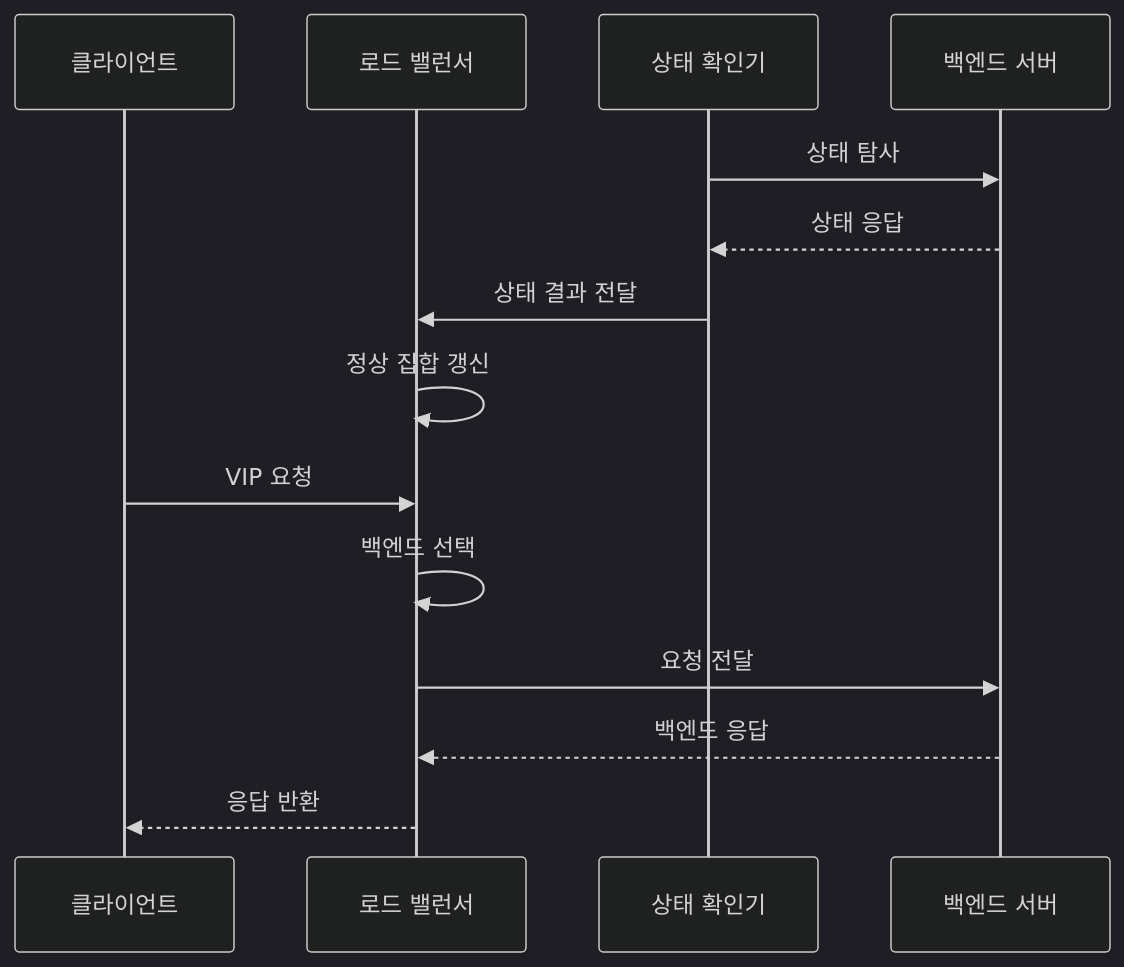
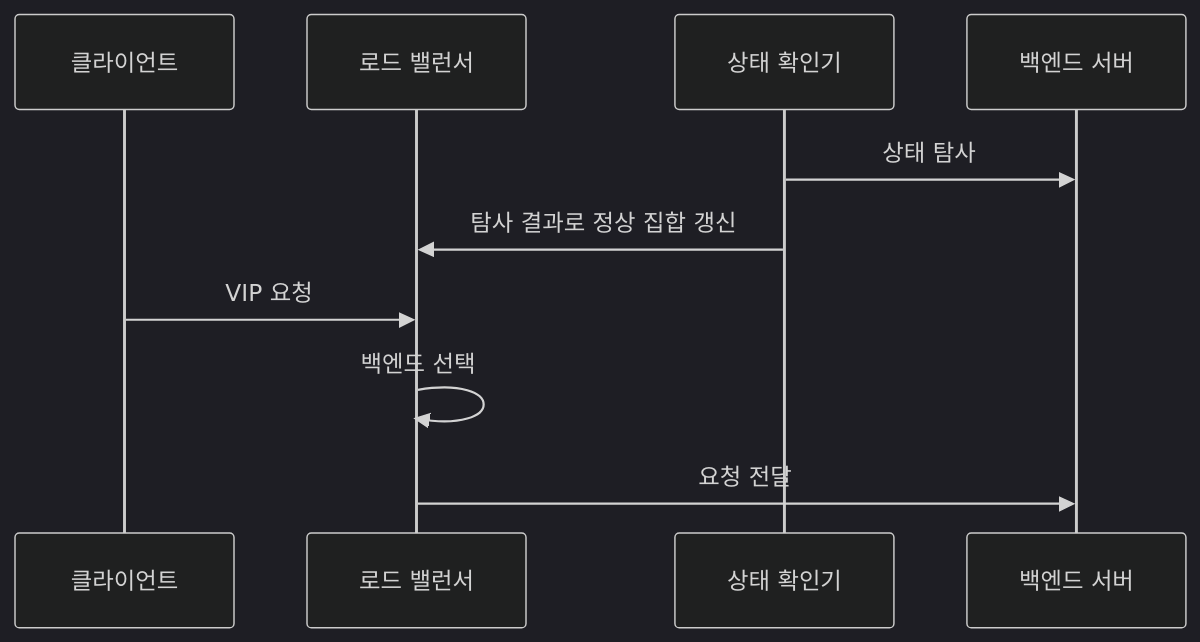
The second of 2 diagrams in src/content/docs/notes/04-network/019_load_balancer_l4_l7.md (agnusdei1207/knowledge-base), drawn with Mermaid (dark theme) before and after one commit. The commit also changed other lines of this file and 3 other files, not shown here.

````diff
--- a/src/content/docs/notes/04-network/019_load_balancer_l4_l7.md
+++ b/src/content/docs/notes/04-network/019_load_balancer_l4_l7.md
@@ -84,16 +84,12 @@
 ```mermaid
 sequenceDiagram
     participant C as 클라이언트
     participant L as 로드 밸런서
     participant H as 상태 확인기
     participant S as 백엔드 서버
     H->>S: 상태 탐사
-    S-->>H: 상태 응답
-    H->>L: 상태 결과 전달
-    L->>L: 정상 집합 갱신
+    H->>L: 탐사 결과로 정상 집합 갱신
     C->>L: VIP 요청
     L->>L: 백엔드 선택
     L->>S: 요청 전달
-    S-->>L: 백엔드 응답
-    L-->>C: 응답 반환
 ```
````
